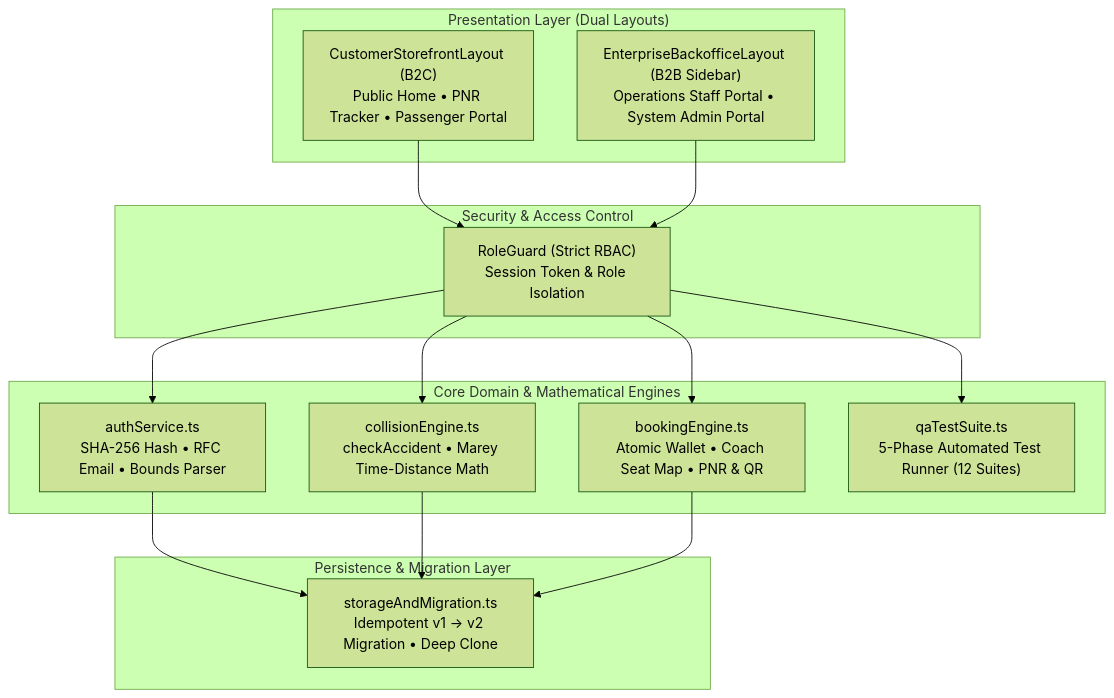
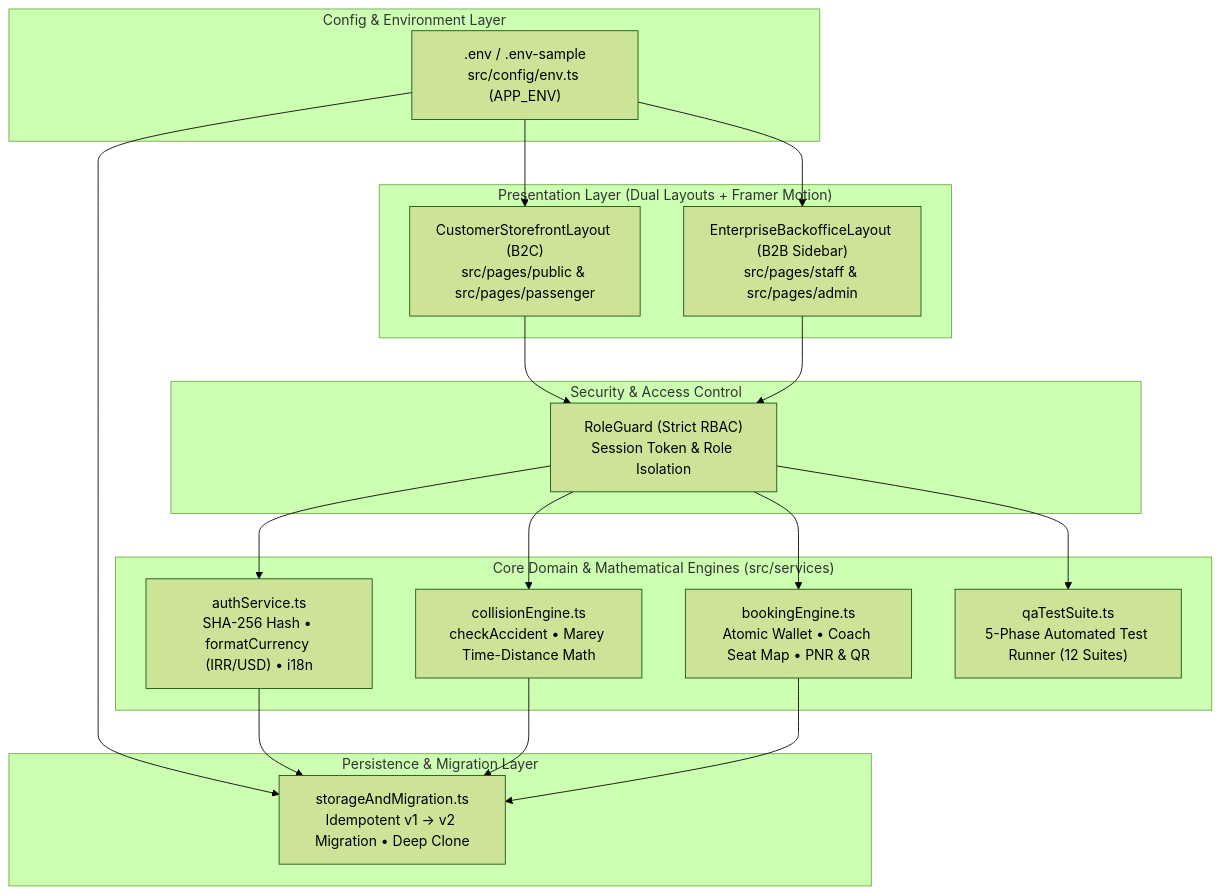
One commit to Mahdias1383/management_system changed the diagram in README.md. Above: the diagram before and after it, drawn with Mermaid (forest theme). The commit also changed other lines of this file and 45 other files, not shown here.

````diff
--- a/README.md
+++ b/README.md
@@ -14,32 +167,39 @@
 ```mermaid
 graph TD
-    subgraph "Presentation Layer (Dual Layouts)"
-        Storefront["CustomerStorefrontLayout (B2C)<br/>Public Home • PNR Tracker • Passenger Portal"]
-        Backoffice["EnterpriseBackofficeLayout (B2B Sidebar)<br/>Operations Staff Portal • System Admin Portal"]
+    subgraph "Config & Environment Layer"
+        Env[".env / .env-sample<br/>src/config/env.ts (APP_ENV)"]
+    end
+
+    subgraph "Presentation Layer (Dual Layouts + Framer Motion)"
+        Storefront["CustomerStorefrontLayout (B2C)<br/>src/pages/public & src/pages/passenger"]
+        Backoffice["EnterpriseBackofficeLayout (B2B Sidebar)<br/>src/pages/staff & src/pages/admin"]
     end
 
     subgraph "Security & Access Control"
         Guard["RoleGuard (Strict RBAC)<br/>Session Token & Role Isolation"]
     end
 
-    subgraph "Core Domain & Mathematical Engines"
-        Auth["authService.ts<br/>SHA-256 Hash • RFC Email • Bounds Parser"]
+    subgraph "Core Domain & Mathematical Engines (src/services)"
+        Auth["authService.ts<br/>SHA-256 Hash • formatCurrency (IRR/USD) • i18n"]
         Collision["collisionEngine.ts<br/>checkAccident • Marey Time-Distance Math"]
         Booking["bookingEngine.ts<br/>Atomic Wallet • Coach Seat Map • PNR & QR"]
         QA["qaTestSuite.ts<br/>5-Phase Automated Test Runner (12 Suites)"]
     end
 
     subgraph "Persistence & Migration Layer"
         Storage["storageAndMigration.ts<br/>Idempotent v1 -> v2 Migration • Deep Clone"]
     end
 
+    Env --> Storefront
+    Env --> Backoffice
+    Env --> Storage
     Storefront --> Guard
     Backoffice --> Guard
     Guard --> Auth
     Guard --> Collision
     Guard --> Booking
     Guard --> QA
     Auth --> Storage
     Collision --> Storage
     Booking --> Storage
 ```
````
